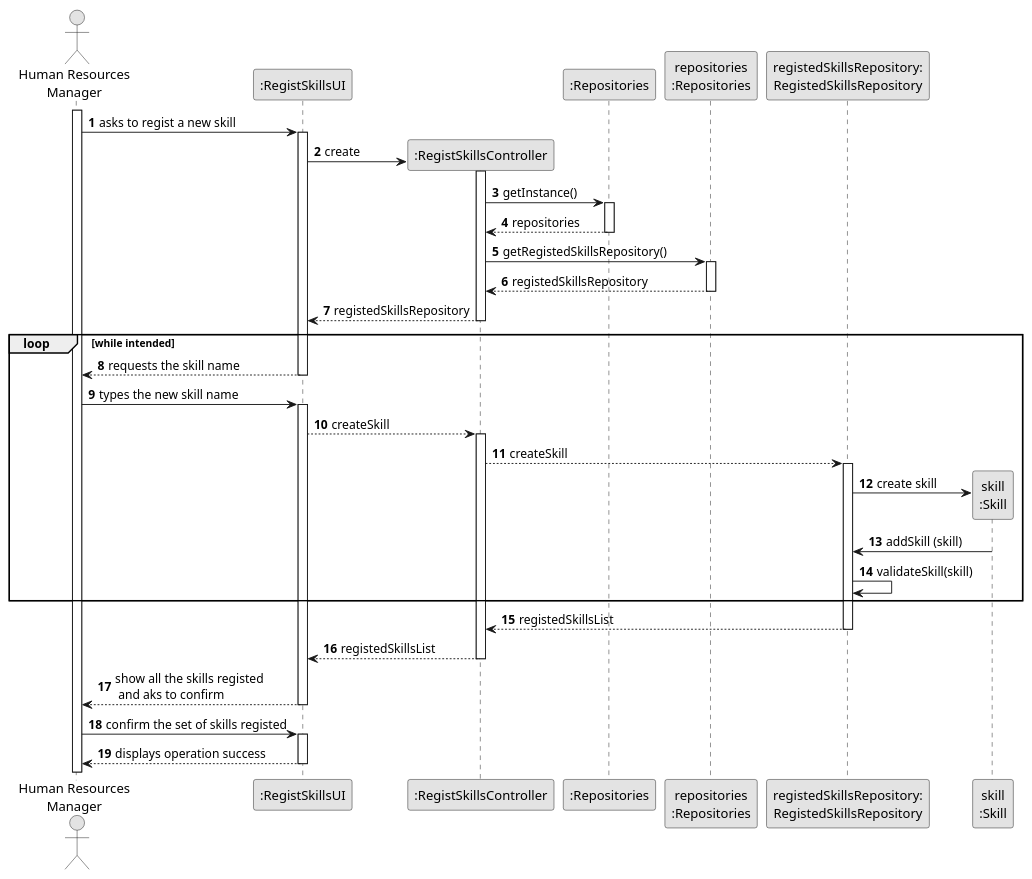
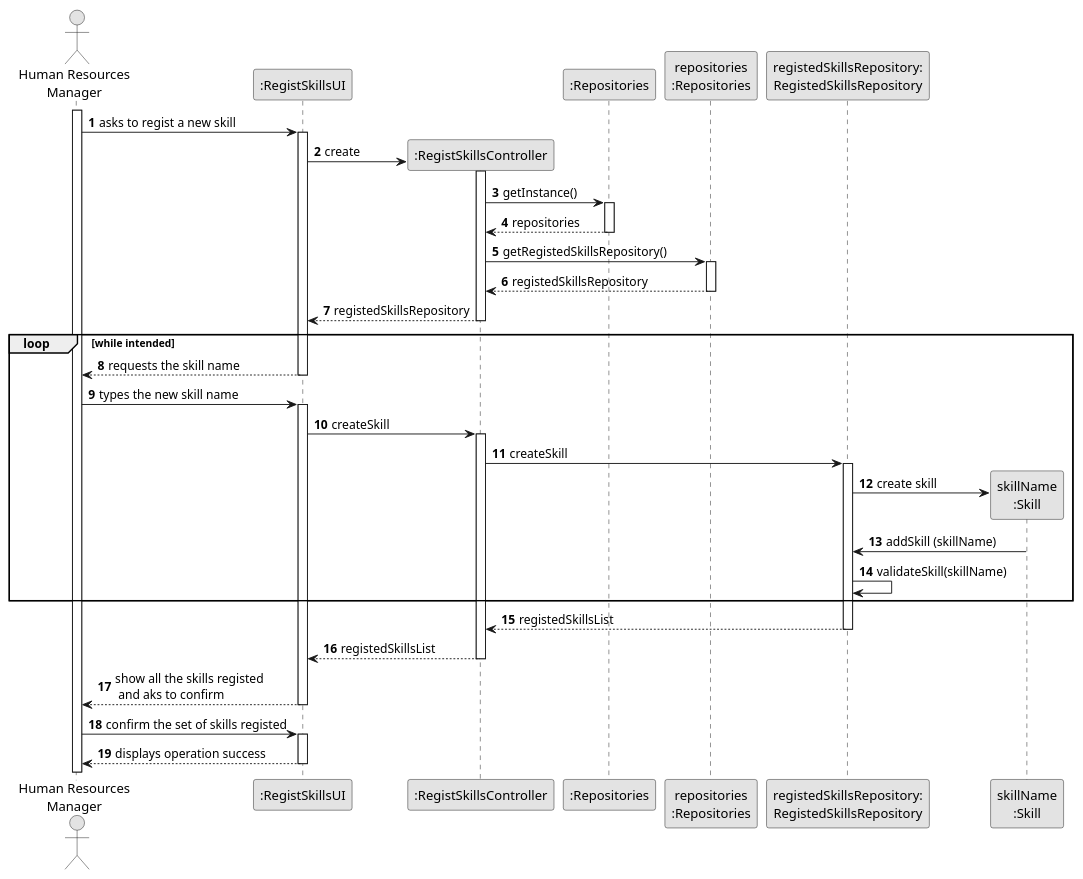
One commit to 1231360-ISEP/lei-24-s2-1db-g021 changed the diagram in docs/sprint2/us001/03.design/puml/us001-sequence-diagram-full.puml. Above: the diagram before and after it, drawn with PlantUML. The commit also changed 5 other files, not shown here.

Commit message:
Update US01 - Sequence Diagram and SVG

```diff
--- a/docs/sprint2/us001/03.design/puml/us001-sequence-diagram-full.puml
+++ b/docs/sprint2/us001/03.design/puml/us001-sequence-diagram-full.puml
@@ -1,78 +1,78 @@
 @startuml
 skinparam monochrome true
 skinparam packageStyle rectangle
 skinparam shadowing false
 
 actor "Human Resources\nManager" as HRM
 participant ":RegistSkillsUI" as UI
 participant ":RegistSkillsController" as CTRL
 participant ":Repositories" as RepositorySingleton
 participant "repositories\n:Repositories" as PLAT
 participant "registedSkillsRepository:\nRegistedSkillsRepository" as RegistedSkillsRepository
-participant "skill\n:Skill" as TAREFA
+participant "skillName\n:Skill" as TAREFA
 
 autonumber 1
 
 activate HRM
 
     HRM -> UI : asks to regist a new skill
     activate UI
 
         UI -> CTRL** : create
 
         activate CTRL
 
         CTRL -> RepositorySingleton : getInstance()
         activate RepositorySingleton
 
             RepositorySingleton --> CTRL: repositories
         deactivate RepositorySingleton
 
         CTRL -> PLAT : getRegistedSkillsRepository()
         activate PLAT
 
             PLAT --> CTRL: registedSkillsRepository
         deactivate PLAT
 
         UI <-- CTRL : registedSkillsRepository
         deactivate CTRL
 
     loop while intended
             UI --> HRM : requests the skill name
         deactivate UI
 
         HRM -> UI : types the new skill name
         activate UI
-            UI --> CTRL: createSkill
+            UI -> CTRL: createSkill
         activate CTRL
 
 
-            CTRL --> RegistedSkillsRepository : createSkill
+            CTRL -> RegistedSkillsRepository : createSkill
 
             activate RegistedSkillsRepository
 
                 RegistedSkillsRepository -> TAREFA**: create skill
-                TAREFA -> RegistedSkillsRepository: addSkill (skill)
+                TAREFA -> RegistedSkillsRepository: addSkill (skillName)
 
-                    RegistedSkillsRepository -> RegistedSkillsRepository: validateSkill(skill)
+                    RegistedSkillsRepository -> RegistedSkillsRepository: validateSkill(skillName)
 
     end
                 RegistedSkillsRepository --> CTRL : registedSkillsList
             deactivate RegistedSkillsRepository
 
             CTRL --> UI : registedSkillsList
         deactivate CTRL
 
         UI --> HRM : show all the skills registed\n and aks to confirm
 
             deactivate CTRL
         deactivate UI
 
     HRM -> UI : confirm the set of skills registed
     activate UI
 
     UI --> HRM : displays operation success
     deactivate UI
 
 
 @enduml
```
